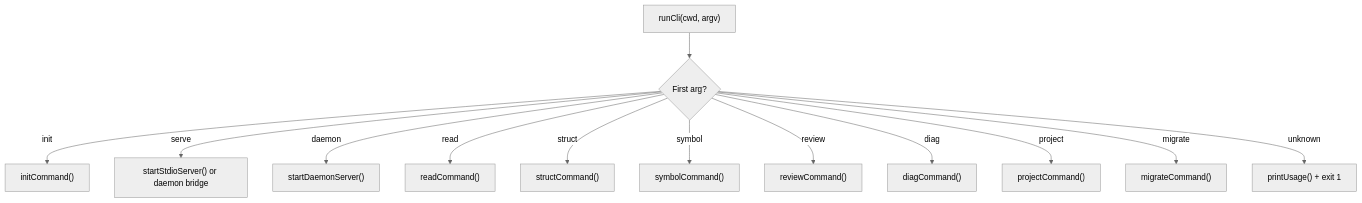
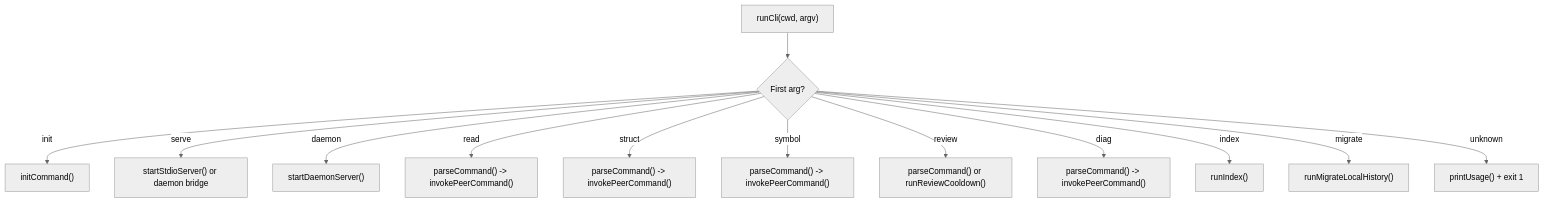
The fifth of 29 diagrams in docs/TECHNICAL_TEARDOWN.md (flyingrobots/graft), drawn with Mermaid (neutral theme) before and after one commit. The commit also changed other lines of this file and 1 other file, not shown here.

Commit message:
docs: correct public architecture docs

````diff
--- a/docs/TECHNICAL_TEARDOWN.md
+++ b/docs/TECHNICAL_TEARDOWN.md
@@ -311,15 +328,15 @@
 ```mermaid
 flowchart TD
     A["runCli(cwd, argv)"] --> B{"First arg?"}
     B -->|"init"| C["initCommand()"]
     B -->|"serve"| D["startStdioServer() or daemon bridge"]
     B -->|"daemon"| E["startDaemonServer()"]
-    B -->|"read"| F["readCommand()"]
-    B -->|"struct"| G["structCommand()"]
-    B -->|"symbol"| H["symbolCommand()"]
-    B -->|"review"| I["reviewCommand()"]
-    B -->|"diag"| J["diagCommand()"]
-    B -->|"project"| K["projectCommand()"]
-    B -->|"migrate"| L["migrateCommand()"]
+    B -->|"read"| F["parseCommand() -> invokePeerCommand()"]
+    B -->|"struct"| G["parseCommand() -> invokePeerCommand()"]
+    B -->|"symbol"| H["parseCommand() -> invokePeerCommand()"]
+    B -->|"review"| I["parseCommand() or runReviewCooldown()"]
+    B -->|"diag"| J["parseCommand() -> invokePeerCommand()"]
+    B -->|"index"| K["runIndex()"]
+    B -->|"migrate"| L["runMigrateLocalHistory()"]
     B -->|"unknown"| M["printUsage() + exit 1"]
 ```
````
